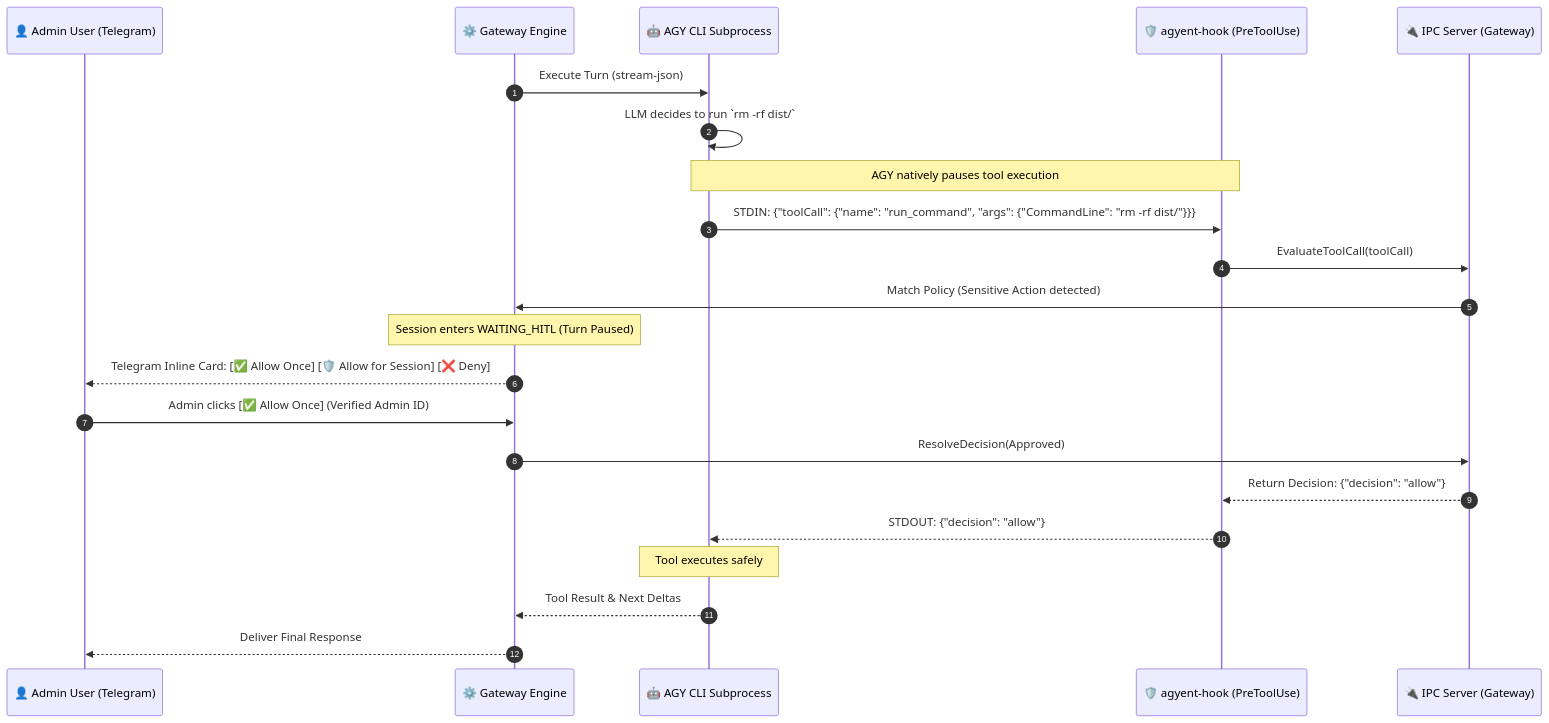
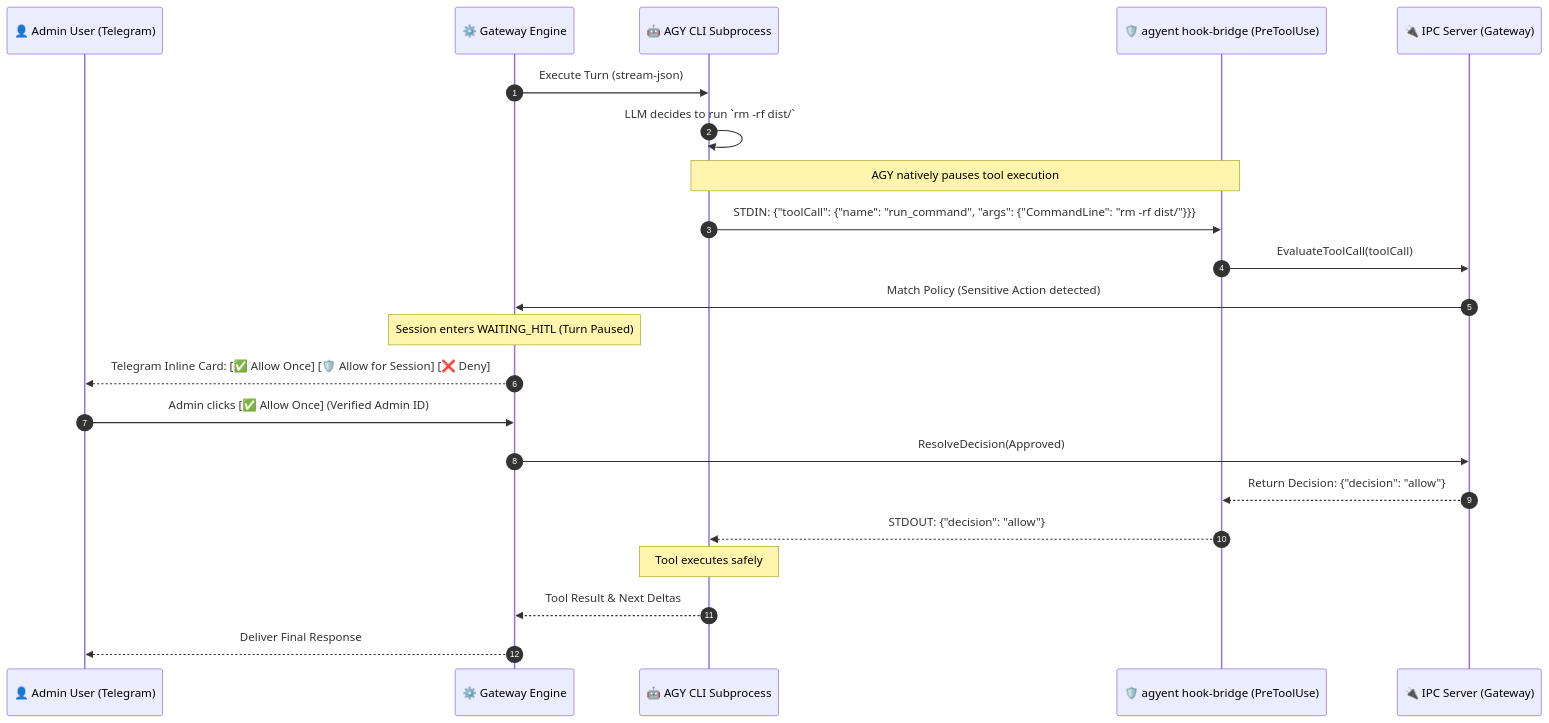
Before and after one commit to khanhbkqt/agyent: the second of 2 diagrams in docs/security-and-guardrails-architecture.md, drawn with Mermaid. The commit also changed other lines of this file and 75 other files, not shown here.

Commit message:
docs: standardize architecture and agent workflows

````diff
--- a/docs/security-and-guardrails-architecture.md
+++ b/docs/security-and-guardrails-architecture.md
@@ -152,30 +156,30 @@
 ```mermaid
 sequenceDiagram
     autonumber
     participant User as 👤 Admin User (Telegram)
     participant Engine as ⚙️ Gateway Engine
     participant AGY as 🤖 AGY CLI Subprocess
-    participant Hook as 🛡️ agyent-hook (PreToolUse)
+    participant Hook as 🛡️ agyent hook-bridge (PreToolUse)
     participant IPC as 🔌 IPC Server (Gateway)
 
     Engine->>AGY: Execute Turn (stream-json)
     AGY->>AGY: LLM decides to run `rm -rf dist/`
     
     Note over AGY,Hook: AGY natively pauses tool execution
     AGY->>Hook: STDIN: {"toolCall": {"name": "run_command", "args": {"CommandLine": "rm -rf dist/"}}}
     
     Hook->>IPC: EvaluateToolCall(toolCall)
     IPC->>Engine: Match Policy (Sensitive Action detected)
     
     Note over Engine: Session enters WAITING_HITL (Turn Paused)
     Engine-->>User: Telegram Inline Card: [✅ Allow Once] [🛡️ Allow for Session] [❌ Deny]
     
     User->>Engine: Admin clicks [✅ Allow Once] (Verified Admin ID)
     Engine->>IPC: ResolveDecision(Approved)
     IPC-->>Hook: Return Decision: {"decision": "allow"}
     Hook-->>AGY: STDOUT: {"decision": "allow"}
     
     Note over AGY: Tool executes safely
     AGY-->>Engine: Tool Result & Next Deltas
     Engine-->>User: Deliver Final Response
 ```
````
